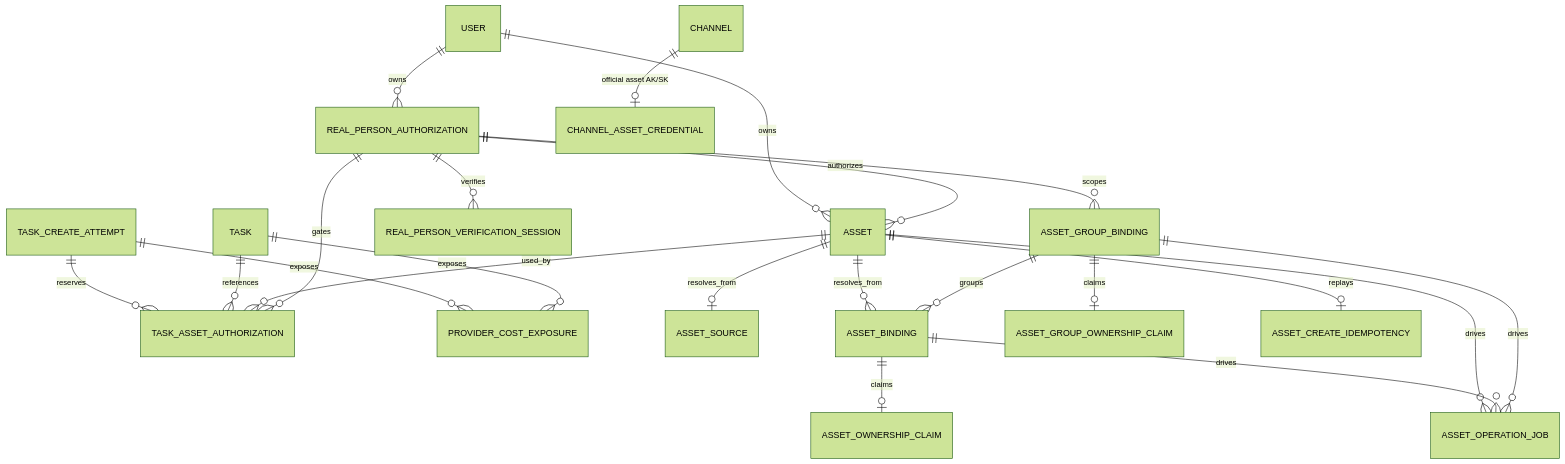
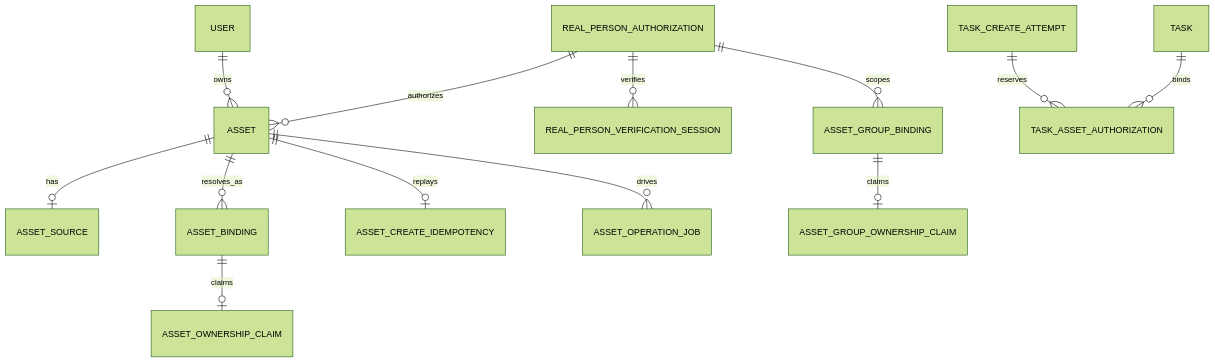
The diagram in docs/20-architecture/数据模型.md (wuqiang44444444/new-api), drawn with Mermaid (forest theme) before and after one commit. The commit also changed other lines of this file and 164 other files, not shown here.

````diff
--- a/docs/20-architecture/数据模型.md
+++ b/docs/20-architecture/数据模型.md
@@ -145,24 +121,15 @@
 ```mermaid
 erDiagram
     USER ||--o{ ASSET : owns
-    USER ||--o{ REAL_PERSON_AUTHORIZATION : owns
-    TASK_CREATE_ATTEMPT ||--o{ TASK_ASSET_AUTHORIZATION : reserves
-    TASK ||--o{ TASK_ASSET_AUTHORIZATION : references
-    ASSET ||--o{ TASK_ASSET_AUTHORIZATION : used_by
-    REAL_PERSON_AUTHORIZATION ||--o{ TASK_ASSET_AUTHORIZATION : gates
-    TASK_CREATE_ATTEMPT ||--o{ PROVIDER_COST_EXPOSURE : exposes
-    TASK ||--o{ PROVIDER_COST_EXPOSURE : exposes
-    CHANNEL ||--o| CHANNEL_ASSET_CREDENTIAL : "official asset AK/SK"
-    ASSET ||--o| ASSET_SOURCE : resolves_from
-    ASSET ||--o{ ASSET_BINDING : resolves_from
+    ASSET ||--o| ASSET_SOURCE : has
+    ASSET ||--o{ ASSET_BINDING : resolves_as
     ASSET_BINDING ||--o| ASSET_OWNERSHIP_CLAIM : claims
     REAL_PERSON_AUTHORIZATION ||--o{ ASSET : authorizes
     REAL_PERSON_AUTHORIZATION ||--o{ REAL_PERSON_VERIFICATION_SESSION : verifies
     REAL_PERSON_AUTHORIZATION ||--o{ ASSET_GROUP_BINDING : scopes
     ASSET_GROUP_BINDING ||--o| ASSET_GROUP_OWNERSHIP_CLAIM : claims
-    ASSET_GROUP_BINDING ||--o{ ASSET_BINDING : groups
     ASSET ||--o| ASSET_CREATE_IDEMPOTENCY : replays
     ASSET ||--o{ ASSET_OPERATION_JOB : drives
-    ASSET_BINDING ||--o{ ASSET_OPERATION_JOB : drives
-    ASSET_GROUP_BINDING ||--o{ ASSET_OPERATION_JOB : drives
+    TASK_CREATE_ATTEMPT ||--o{ TASK_ASSET_AUTHORIZATION : reserves
+    TASK ||--o{ TASK_ASSET_AUTHORIZATION : binds
 ```
````
